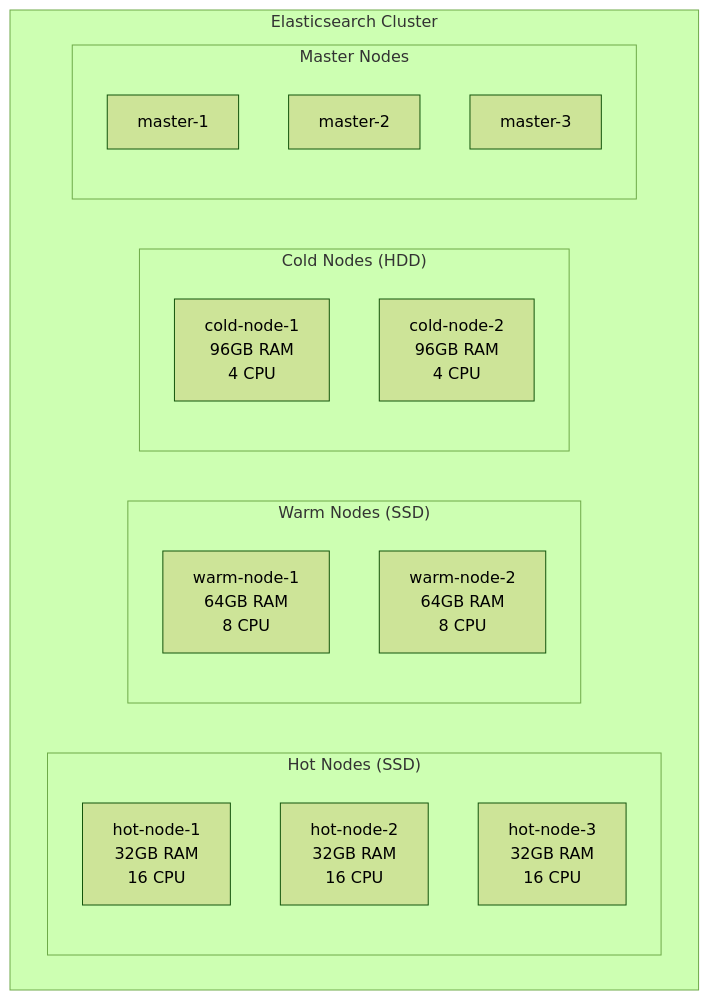
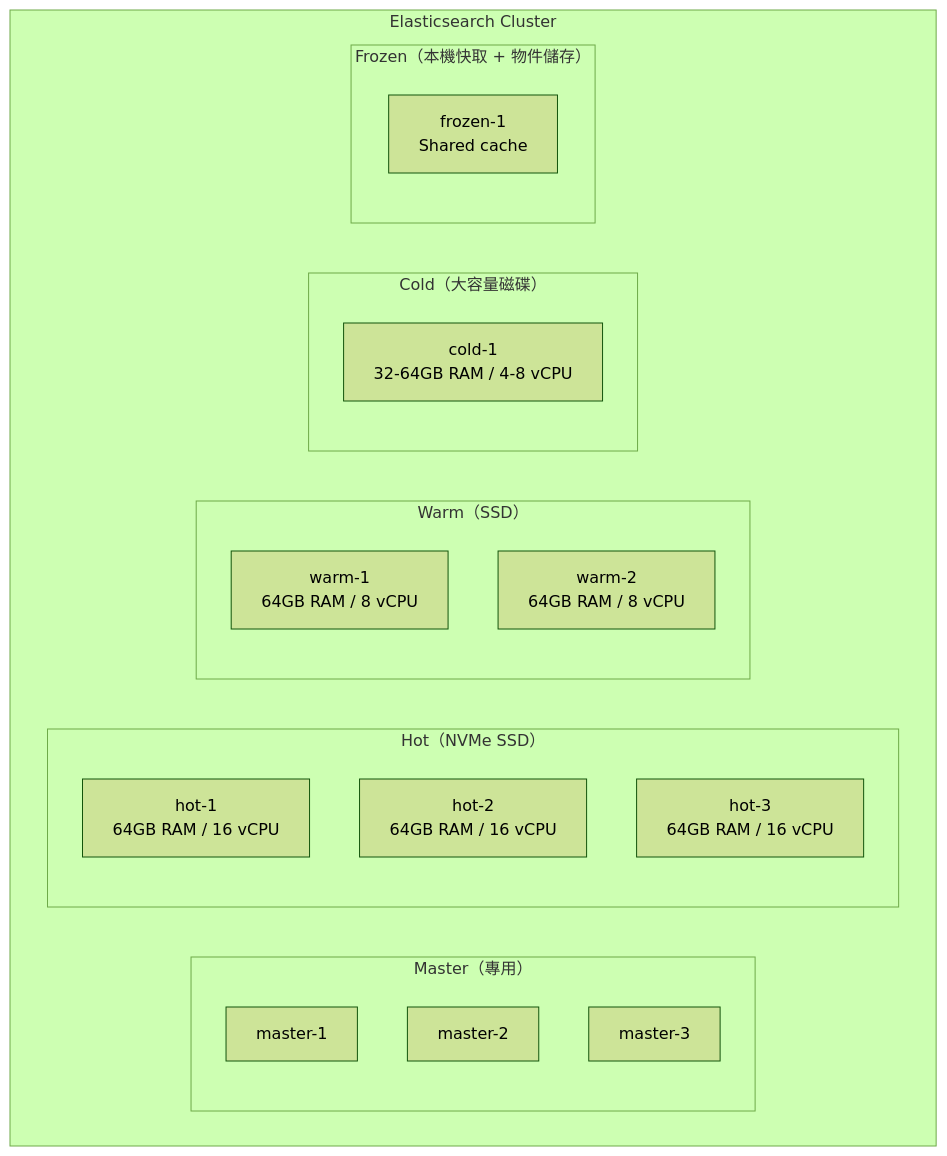
Before and after one commit to chihhung/Blog: diagram 12 of 19 in content/posts/教學/工具/Logs Visualization教學手冊.md, drawn with Mermaid (forest theme). The commit also changed other lines of this file and 8 other files, not shown here.

````diff
--- a/content/posts/教學/工具/Logs Visualization教學手冊.md
+++ b/content/posts/教學/工具/Logs Visualization教學手冊.md
@@ -1179,26 +1744,29 @@
 ```mermaid
 graph TB
     subgraph "Elasticsearch Cluster"
-        subgraph "Hot Nodes (SSD)"
-            H1[hot-node-1<br/>32GB RAM<br/>16 CPU]
-            H2[hot-node-2<br/>32GB RAM<br/>16 CPU]
-            H3[hot-node-3<br/>32GB RAM<br/>16 CPU]
-        end
-        
-        subgraph "Warm Nodes (SSD)"
-            W1[warm-node-1<br/>64GB RAM<br/>8 CPU]
-            W2[warm-node-2<br/>64GB RAM<br/>8 CPU]
-        end
-        
-        subgraph "Cold Nodes (HDD)"
-            C1[cold-node-1<br/>96GB RAM<br/>4 CPU]
-            C2[cold-node-2<br/>96GB RAM<br/>4 CPU]
-        end
-        
-        subgraph "Master Nodes"
+        subgraph "Master（專用）"
             M1[master-1]
             M2[master-2]
             M3[master-3]
         end
+
+        subgraph "Hot（NVMe SSD）"
+            H1[hot-1<br/>64GB RAM / 16 vCPU]
+            H2[hot-2<br/>64GB RAM / 16 vCPU]
+            H3[hot-3<br/>64GB RAM / 16 vCPU]
+        end
+
+        subgraph "Warm（SSD）"
+            W1[warm-1<br/>64GB RAM / 8 vCPU]
+            W2[warm-2<br/>64GB RAM / 8 vCPU]
+        end
+
+        subgraph "Cold（大容量磁碟）"
+            C1[cold-1<br/>32-64GB RAM / 4-8 vCPU]
+        end
+
+        subgraph "Frozen（本機快取 + 物件儲存）"
+            F1[frozen-1<br/>Shared cache]
+        end
     end
 ```
````
